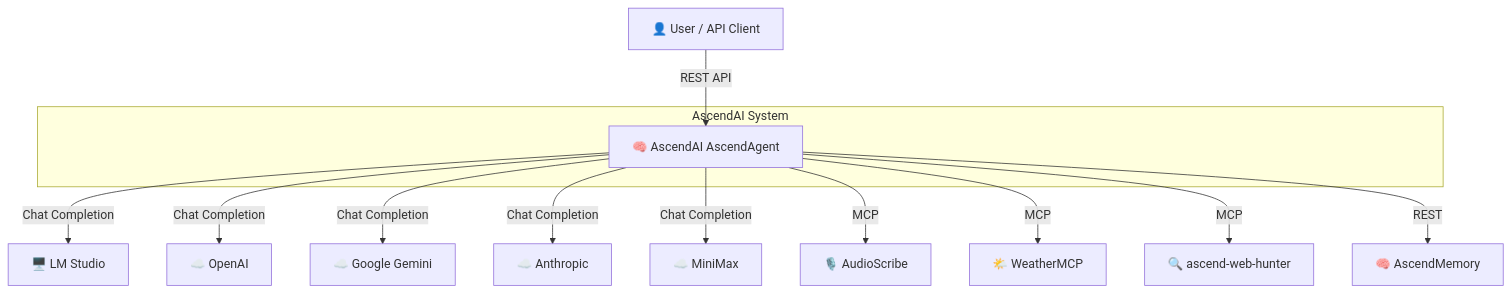
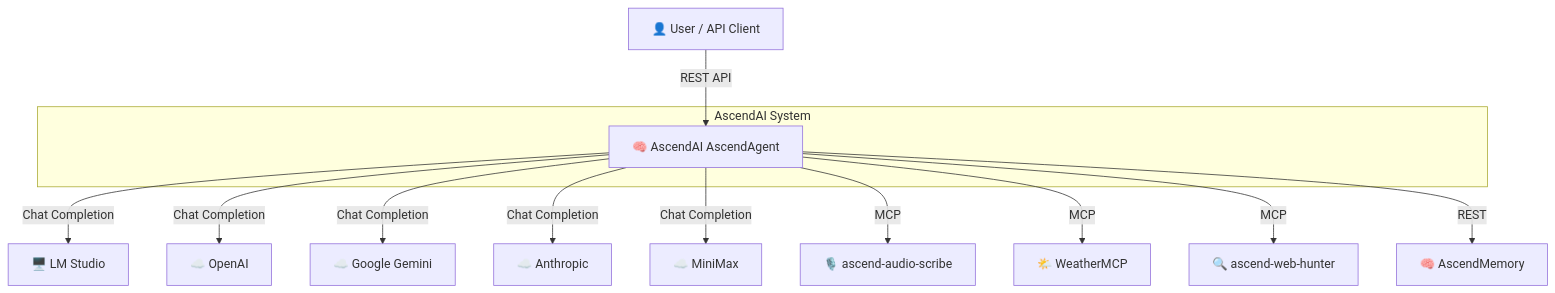
One commit to Lukk17/AscendAI changed the diagram in AscendAgent/docs/architecture/diagrams/context-diagram.md. Above: the diagram before and after it, drawn with Mermaid. The commit also changed 218 other files, not shown here.

````diff
--- a/AscendAgent/docs/architecture/diagrams/context-diagram.md
+++ b/AscendAgent/docs/architecture/diagrams/context-diagram.md
@@ -3,29 +3,29 @@
 ```mermaid
 graph TB
     User["👤 User / API Client"]
 
     subgraph "AscendAI System"
         AscendAgent["🧠 AscendAI AscendAgent"]
     end
 
     LMStudio["🖥️ LM Studio"]
     OpenAI["☁️ OpenAI"]
     Gemini["☁️ Google Gemini"]
     Anthropic["☁️ Anthropic"]
     MiniMax["☁️ MiniMax"]
-    AudioScribe["🎙️ AudioScribe"]
+    AudioScribe["🎙️ ascend-audio-scribe"]
     Weather["🌤️ WeatherMCP"]
     WebHunter["🔍 ascend-web-hunter"]
     Memory["🧠 AscendMemory"]
 
     User -->|"REST API"| AscendAgent
     AscendAgent -->|"Chat Completion"| LMStudio
     AscendAgent -->|"Chat Completion"| OpenAI
     AscendAgent -->|"Chat Completion"| Gemini
     AscendAgent -->|"Chat Completion"| Anthropic
     AscendAgent -->|"Chat Completion"| MiniMax
     AscendAgent -->|"MCP"| AudioScribe
     AscendAgent -->|"MCP"| Weather
     AscendAgent -->|"MCP"| WebHunter
     AscendAgent -->|"REST"| Memory
 ```
````
